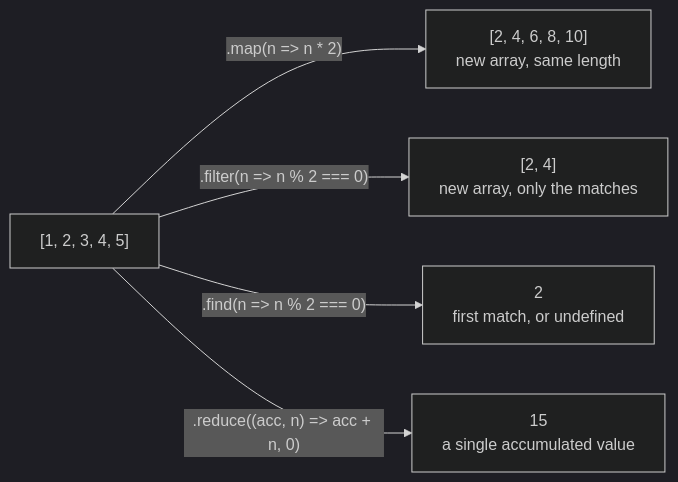
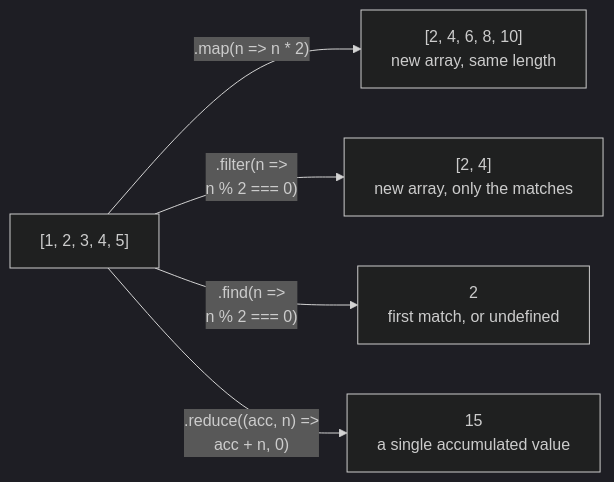
Before and after one commit to renatolinsdigital/javascript-quickstart: the seventh of 16 diagrams in README.md, drawn with Mermaid (dark theme). The commit also changed other lines of this file, not shown here.

Commit message:
adds a revision to mermaid graphs

````diff
--- a/README.md
+++ b/README.md
@@ -1218,7 +1243,12 @@
 ```mermaid
+---
+config:
+  flowchart:
+    wrappingWidth: 1000
+---
 flowchart LR
     A["[1, 2, 3, 4, 5]"] -- ".map(n => n * 2)" --> M["[2, 4, 6, 8, 10]<br/>new array, same length"]
-    A -- ".filter(n => n % 2 === 0)" --> F["[2, 4]<br/>new array, only the matches"]
-    A -- ".find(n => n % 2 === 0)" --> FI["2<br/>first match, or undefined"]
-    A -- ".reduce((acc, n) => acc + n, 0)" --> R["15<br/>a single accumulated value"]
+    A -- ".filter(n =><br/>n % 2 === 0)" --> F["[2, 4]<br/>new array, only the matches"]
+    A -- ".find(n =><br/>n % 2 === 0)" --> FI["2<br/>first match, or undefined"]
+    A -- ".reduce((acc, n) =><br/>acc + n, 0)" --> R["15<br/>a single accumulated value"]
 ```
````
